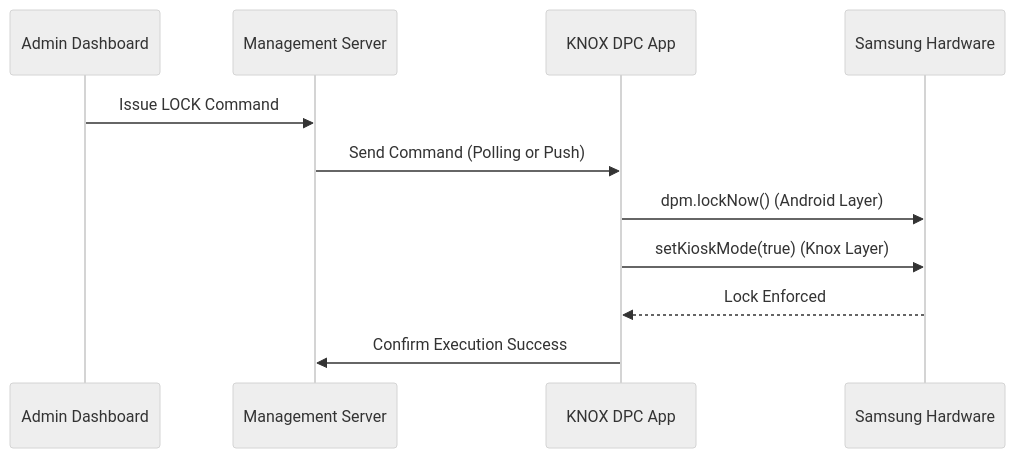
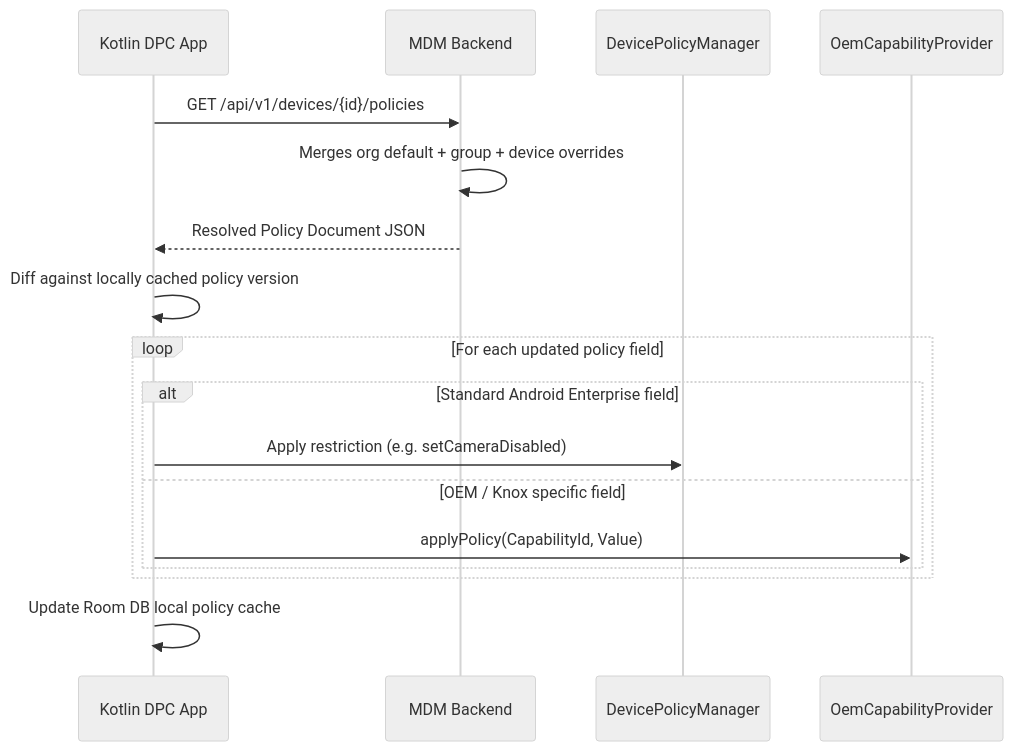
Before and after one commit to NEXIVO-COMPANY-LIMITED/KNOX: the third of 4 diagrams in docs/02_Architecture/Operational_Flows.md, drawn with Mermaid (neutral theme). The commit also changed other lines of this file and 15 other files, not shown here.

Commit message:
docs: Add Backend Developer Handoff Guide and update Knox API Portal specs

````diff
--- a/docs/02_Architecture/Operational_Flows.md
+++ b/docs/02_Architecture/Operational_Flows.md
@@ -42,14 +52,20 @@
 ```mermaid
 sequenceDiagram
-    participant Admin as Admin Dashboard
-    participant Server as Management Server
-    participant DPC as KNOX DPC App
-    participant Device as Samsung Hardware
+    participant DPC as Kotlin DPC App
+    participant Backend as MDM Backend
+    participant DPM as DevicePolicyManager
+    participant OEM as OemCapabilityProvider
 
-    Admin->>Server: Issue LOCK Command
-    Server->>DPC: Send Command (Polling or Push)
-    DPC->>Device: dpm.lockNow() (Android Layer)
-    DPC->>Device: setKioskMode(true) (Knox Layer)
-    Device-->>DPC: Lock Enforced
-    DPC->>Server: Confirm Execution Success
+    DPC->>Backend: GET /api/v1/devices/{id}/policies
+    Backend->>Backend: Merges org default + group + device overrides
+    Backend-->>DPC: Resolved Policy Document JSON
+    DPC->>DPC: Diff against locally cached policy version
+    loop For each updated policy field
+        alt Standard Android Enterprise field
+            DPC->>DPM: Apply restriction (e.g. setCameraDisabled)
+        else OEM / Knox specific field
+            DPC->>OEM: applyPolicy(CapabilityId, Value)
+        end
+    end
+    DPC->>DPC: Update Room DB local policy cache
 ```
````
